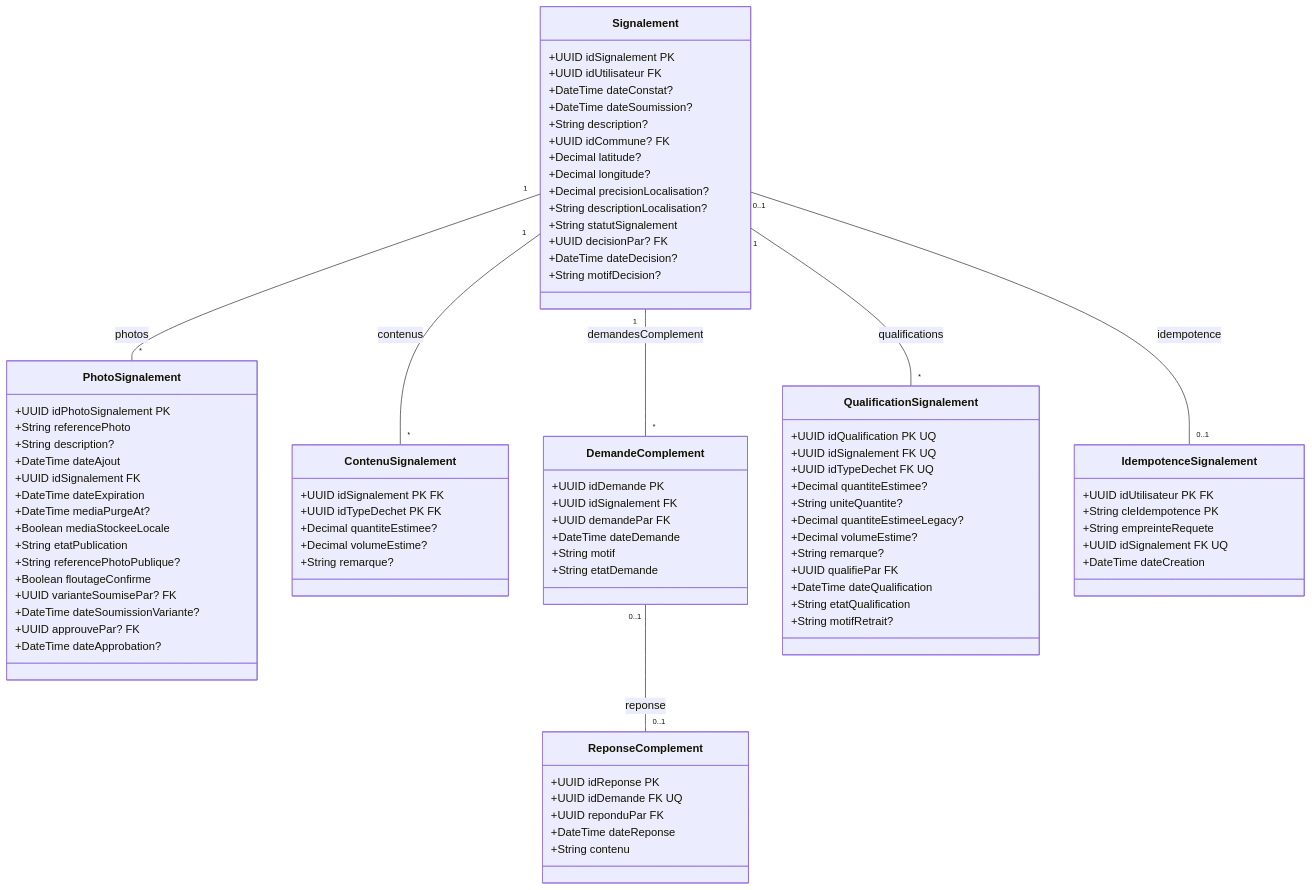
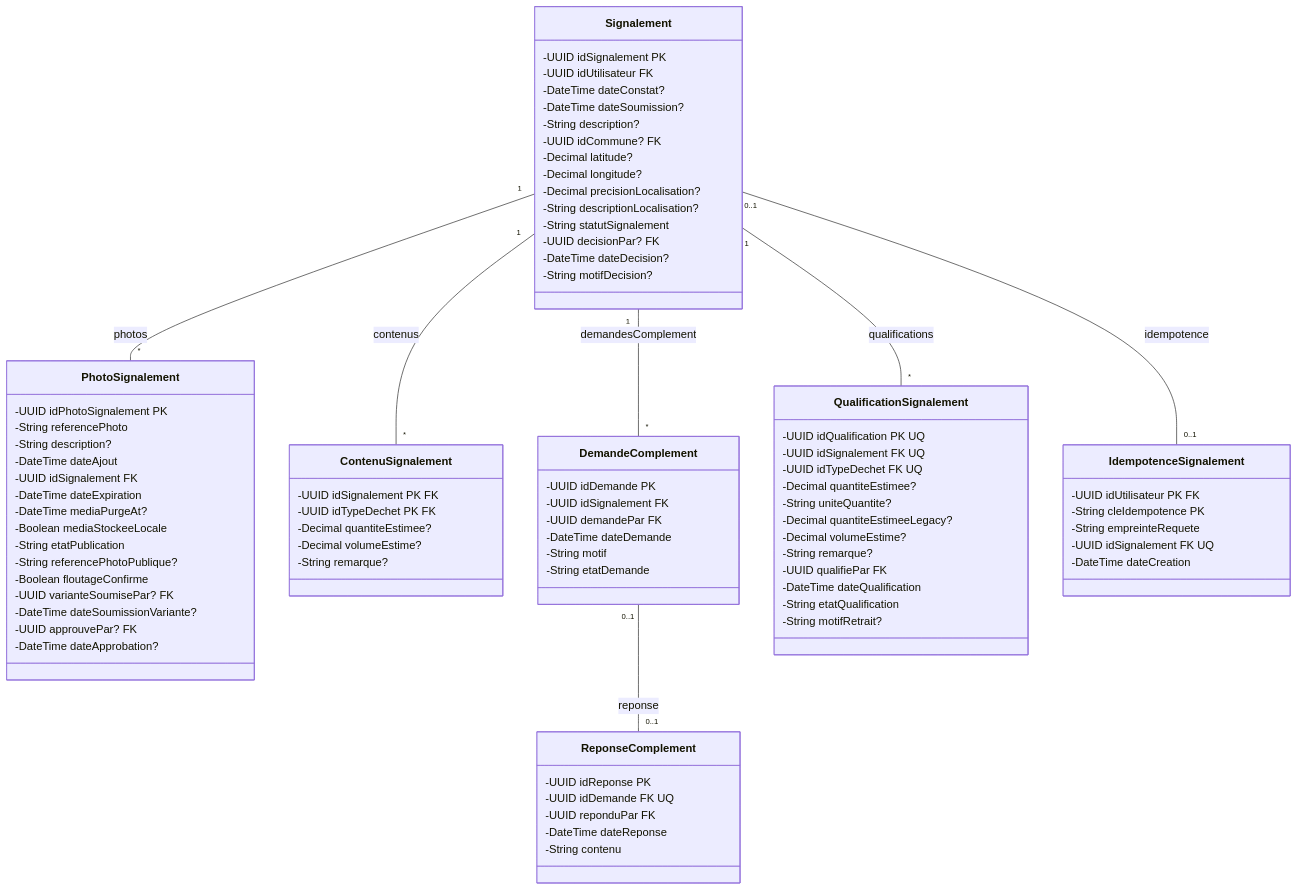
One commit to fadellba/isieco-report changed the third of 5 diagrams in docs/uml/diagramme-classes.md. Above: the diagram before and after it, drawn with Mermaid. The commit also changed other lines of this file, not shown here.

Commit message:
docs(uml): use private visibility for class attributes

````diff
--- a/docs/uml/diagramme-classes.md
+++ b/docs/uml/diagramme-classes.md
@@ -195,80 +199,80 @@
 ```mermaid
 classDiagram
   class Signalement {
-    +UUID idSignalement PK
-    +UUID idUtilisateur FK
-    +DateTime dateConstat?
-    +DateTime dateSoumission?
-    +String description?
-    +UUID idCommune? FK
-    +Decimal latitude?
-    +Decimal longitude?
-    +Decimal precisionLocalisation?
-    +String descriptionLocalisation?
-    +String statutSignalement
-    +UUID decisionPar? FK
-    +DateTime dateDecision?
-    +String motifDecision?
+    -UUID idSignalement PK
+    -UUID idUtilisateur FK
+    -DateTime dateConstat?
+    -DateTime dateSoumission?
+    -String description?
+    -UUID idCommune? FK
+    -Decimal latitude?
+    -Decimal longitude?
+    -Decimal precisionLocalisation?
+    -String descriptionLocalisation?
+    -String statutSignalement
+    -UUID decisionPar? FK
+    -DateTime dateDecision?
+    -String motifDecision?
   }
   class PhotoSignalement {
-    +UUID idPhotoSignalement PK
-    +String referencePhoto
-    +String description?
-    +DateTime dateAjout
-    +UUID idSignalement FK
-    +DateTime dateExpiration
-    +DateTime mediaPurgeAt?
-    +Boolean mediaStockeeLocale
-    +String etatPublication
-    +String referencePhotoPublique?
-    +Boolean floutageConfirme
-    +UUID varianteSoumisePar? FK
-    +DateTime dateSoumissionVariante?
-    +UUID approuvePar? FK
-    +DateTime dateApprobation?
+    -UUID idPhotoSignalement PK
+    -String referencePhoto
+    -String description?
+    -DateTime dateAjout
+    -UUID idSignalement FK
+    -DateTime dateExpiration
+    -DateTime mediaPurgeAt?
+    -Boolean mediaStockeeLocale
+    -String etatPublication
+    -String referencePhotoPublique?
+    -Boolean floutageConfirme
+    -UUID varianteSoumisePar? FK
+    -DateTime dateSoumissionVariante?
+    -UUID approuvePar? FK
+    -DateTime dateApprobation?
   }
   class ContenuSignalement {
-    +UUID idSignalement PK FK
-    +UUID idTypeDechet PK FK
-    +Decimal quantiteEstimee?
-    +Decimal volumeEstime?
-    +String remarque?
+    -UUID idSignalement PK FK
+    -UUID idTypeDechet PK FK
+    -Decimal quantiteEstimee?
+    -Decimal volumeEstime?
+    -String remarque?
   }
   class DemandeComplement {
-    +UUID idDemande PK
-    +UUID idSignalement FK
-    +UUID demandePar FK
-    +DateTime dateDemande
-    +String motif
-    +String etatDemande
+    -UUID idDemande PK
+    -UUID idSignalement FK
+    -UUID demandePar FK
+    -DateTime dateDemande
+    -String motif
+    -String etatDemande
   }
   class ReponseComplement {
-    +UUID idReponse PK
-    +UUID idDemande FK UQ
-    +UUID reponduPar FK
-    +DateTime dateReponse
-    +String contenu
+    -UUID idReponse PK
+    -UUID idDemande FK UQ
+    -UUID reponduPar FK
+    -DateTime dateReponse
+    -String contenu
   }
   class QualificationSignalement {
-    +UUID idQualification PK UQ
-    +UUID idSignalement FK UQ
-    +UUID idTypeDechet FK UQ
-    +Decimal quantiteEstimee?
-    +String uniteQuantite?
-    +Decimal quantiteEstimeeLegacy?
-    +Decimal volumeEstime?
-    +String remarque?
-    +UUID qualifiePar FK
-    +DateTime dateQualification
-    +String etatQualification
-    +String motifRetrait?
+    -UUID idQualification PK UQ
+    -UUID idSignalement FK UQ
+    -UUID idTypeDechet FK UQ
+    -Decimal quantiteEstimee?
+    -String uniteQuantite?
+    -Decimal quantiteEstimeeLegacy?
+    -Decimal volumeEstime?
+    -String remarque?
+    -UUID qualifiePar FK
+    -DateTime dateQualification
+    -String etatQualification
+    -String motifRetrait?
   }
   class IdempotenceSignalement {
-    +UUID idUtilisateur PK FK
-    +String cleIdempotence PK
-    +String empreinteRequete
-    +UUID idSignalement FK UQ
-    +DateTime dateCreation
+    -UUID idUtilisateur PK FK
+    -String cleIdempotence PK
+    -String empreinteRequete
+    -UUID idSignalement FK UQ
+    -DateTime dateCreation
   }
   Signalement "1" -- "*" PhotoSignalement : photos
   Signalement "1" -- "*" ContenuSignalement : contenus
````
